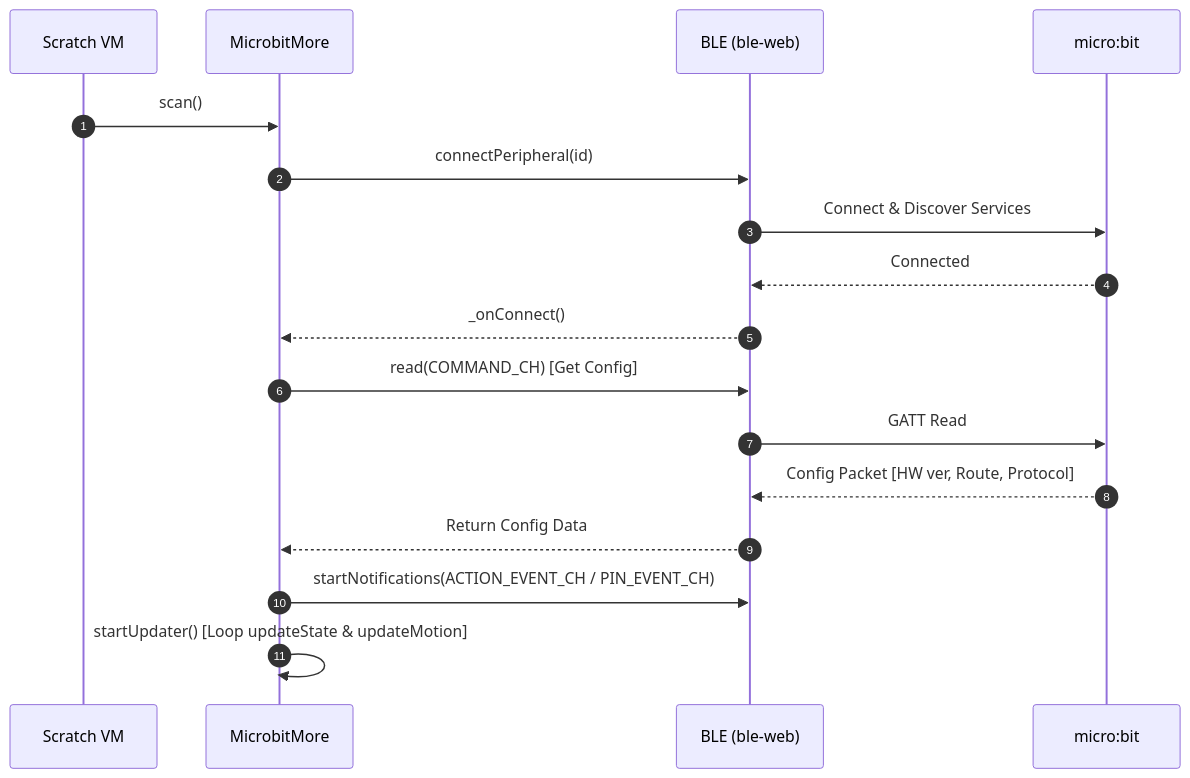
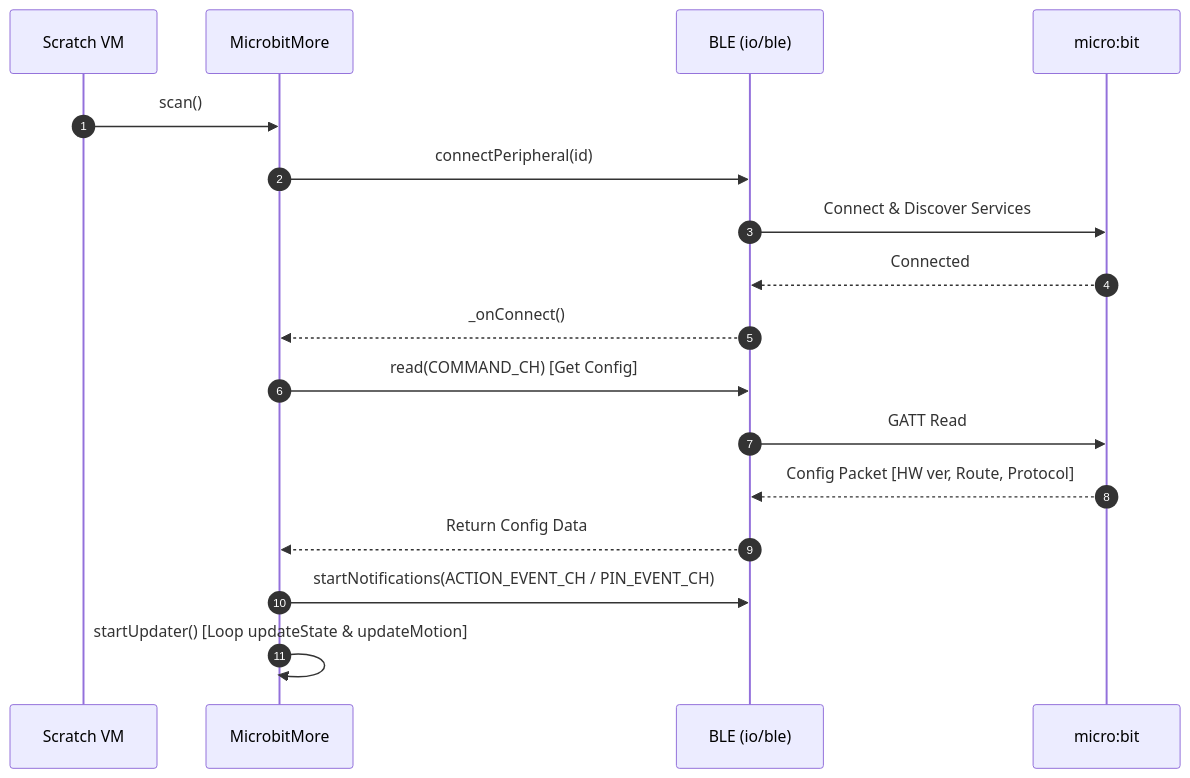
The first of 2 diagrams in docs/design.md (microbit-more/mbit-more-v2), drawn with Mermaid before and after one commit. The commit also changed other lines of this file and 3 other files, not shown here.

First line of the commit message:
chore(ble): remove unused ble-web.js and ble-llk.js

````diff
--- a/docs/design.md
+++ b/docs/design.md
@@ -71,20 +71,20 @@
 ```mermaid
 sequenceDiagram
     autonumber
     participant Scratch as Scratch VM
     participant Ext as MicrobitMore
-    participant Trans as BLE (ble-web)
+    participant Trans as BLE (io/ble)
     participant Mbit as micro:bit
 
     Scratch->>Ext: scan()
     Ext->>Trans: connectPeripheral(id)
     Trans->>Mbit: Connect & Discover Services
     Mbit-->>Trans: Connected
     Trans-->>Ext: _onConnect()
     Ext->>Trans: read(COMMAND_CH) [Get Config]
     Trans->>Mbit: GATT Read
     Mbit-->>Trans: Config Packet [HW ver, Route, Protocol]
     Trans-->>Ext: Return Config Data
     Ext->>Trans: startNotifications(ACTION_EVENT_CH / PIN_EVENT_CH)
     Ext->>Ext: startUpdater() [Loop updateState & updateMotion]
 ```
````
